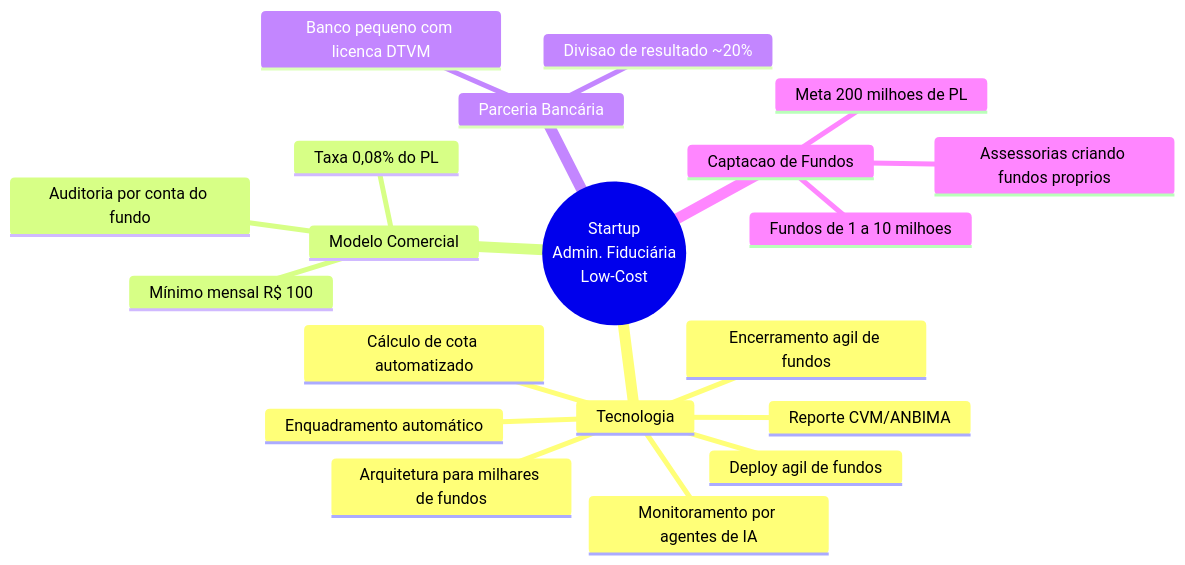
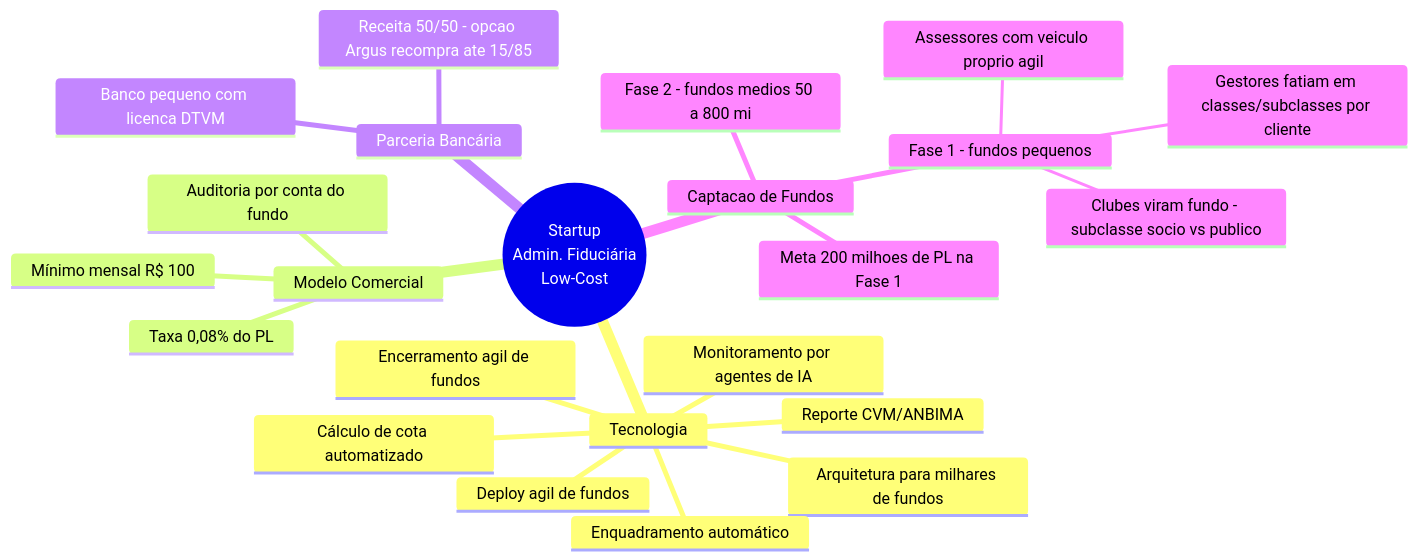
Before and after one commit to viniciuscbf/dtvm: the first of 11 diagrams in plano_dtvm_fundos_pequenos.md, drawn with Mermaid. The commit also changed other lines of this file and 91 other files, not shown here.

````diff
--- a/plano_dtvm_fundos_pequenos.md
+++ b/plano_dtvm_fundos_pequenos.md
@@ -20,23 +20,26 @@
 ```mermaid
 mindmap
   root((Startup<br/>Admin. Fiduciária<br/>Low-Cost))
     Tecnologia
       Arquitetura para milhares de fundos
       Deploy agil de fundos
       Encerramento agil de fundos
       Cálculo de cota automatizado
       Enquadramento automático
       Reporte CVM/ANBIMA
       Monitoramento por agentes de IA
     Modelo Comercial
       Taxa 0,08% do PL
       Mínimo mensal R$ 100
       Auditoria por conta do fundo
     Parceria Bancária
       Banco pequeno com licenca DTVM
-      Divisao de resultado ~20%
+      Receita 50/50 - opcao Argus recompra ate 15/85
     Captacao de Fundos
-      Fundos de 1 a 10 milhoes
-      Assessorias criando fundos proprios
-      Meta 200 milhoes de PL
+      Fase 1 - fundos pequenos
+        Clubes viram fundo - subclasse socio vs publico
+        Assessores com veiculo proprio agil
+        Gestores fatiam em classes/subclasses por cliente
+      Fase 2 - fundos medios 50 a 800 mi
+      Meta 200 milhoes de PL na Fase 1
 ```
````
